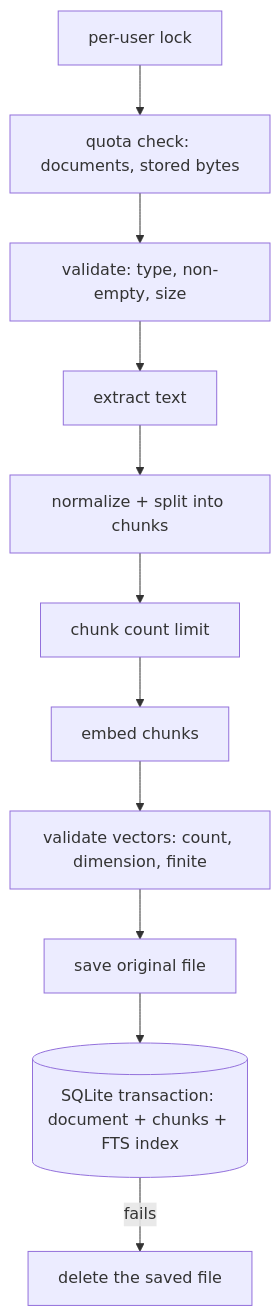
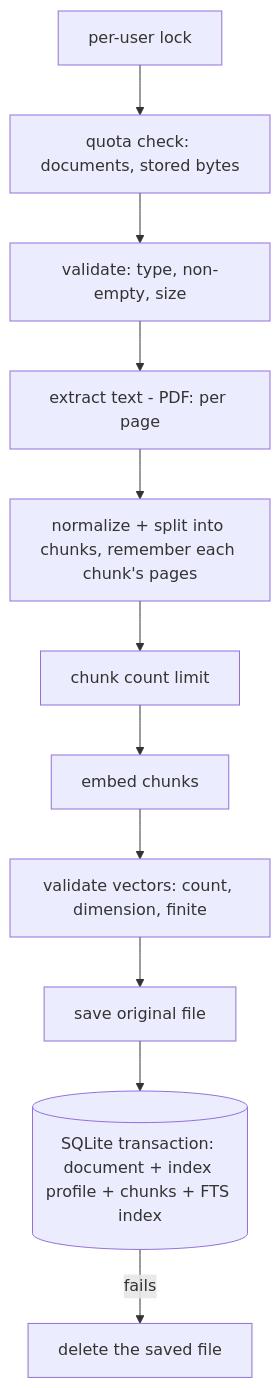
Before and after one commit to AlexTikhon/ai-assistant-tg-bot: the second of 3 diagrams in README.md, drawn with Mermaid. The commit also changed other lines of this file and 109 other files, not shown here.

````diff
--- a/README.md
+++ b/README.md
@@ -99,13 +111,13 @@
 ```mermaid
 flowchart TD
   L[per-user lock] --> Q[quota check: documents, stored bytes]
   Q --> A[validate: type, non-empty, size]
-  A --> B[extract text]
-  B --> C[normalize + split into chunks]
+  A --> B[extract text - PDF: per page]
+  B --> C[normalize + split into chunks, remember each chunk's pages]
   C --> K[chunk count limit]
   K --> D[embed chunks]
   D --> E[validate vectors: count, dimension, finite]
   E --> F[save original file]
-  F --> G[(SQLite transaction: document + chunks + FTS index)]
+  F --> G[(SQLite transaction: document + index profile + chunks + FTS index)]
   G -- fails --> H[delete the saved file]
 ```
````
